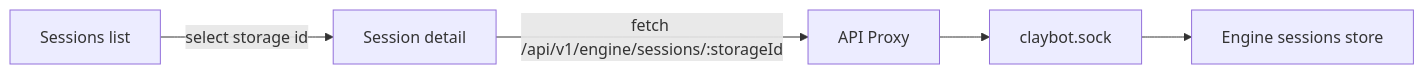
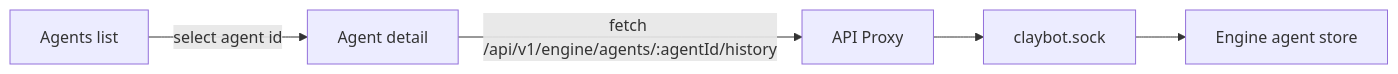
The fourth of 8 diagrams in docs/dashboard.md (ex3ndr/claybot), drawn with Mermaid before and after one commit. The commit also changed other lines of this file and 138 other files, not shown here.

Commit message:
refactor(engine): move to agent-first system

````diff
--- a/docs/dashboard.md
+++ b/docs/dashboard.md
@@ -54,7 +53,7 @@
 ```mermaid
 flowchart LR
-  List[Sessions list] -->|select storage id| Detail[Session detail]
-  Detail -->|fetch /api/v1/engine/sessions/:storageId| Proxy[API Proxy]
+  List[Agents list] -->|select agent id| Detail[Agent detail]
+  Detail -->|fetch /api/v1/engine/agents/:agentId/history| Proxy[API Proxy]
   Proxy --> Socket[claybot.sock]
-  Socket --> Engine[Engine sessions store]
+  Socket --> Engine[Engine agent store]
 ```
````
